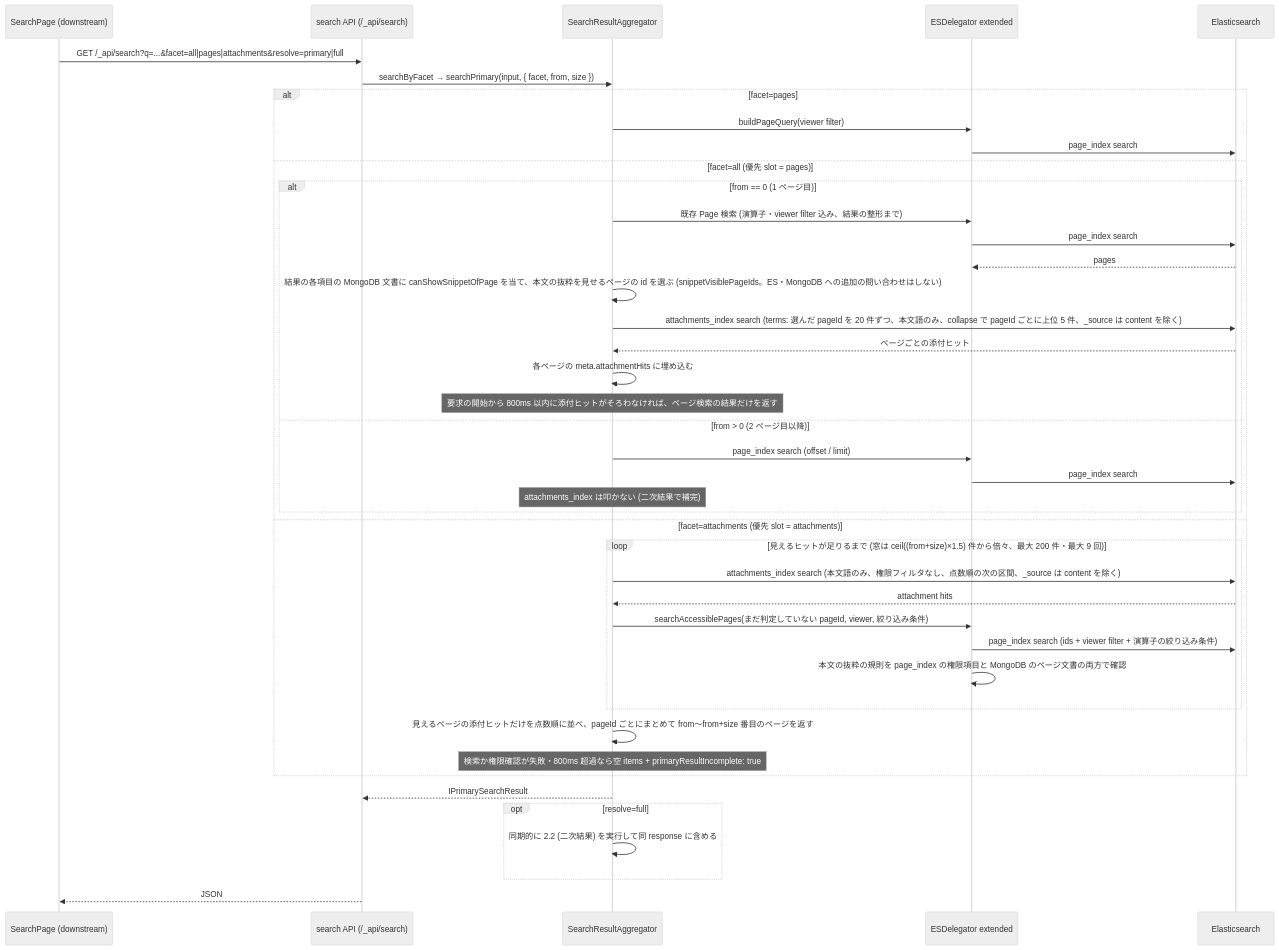
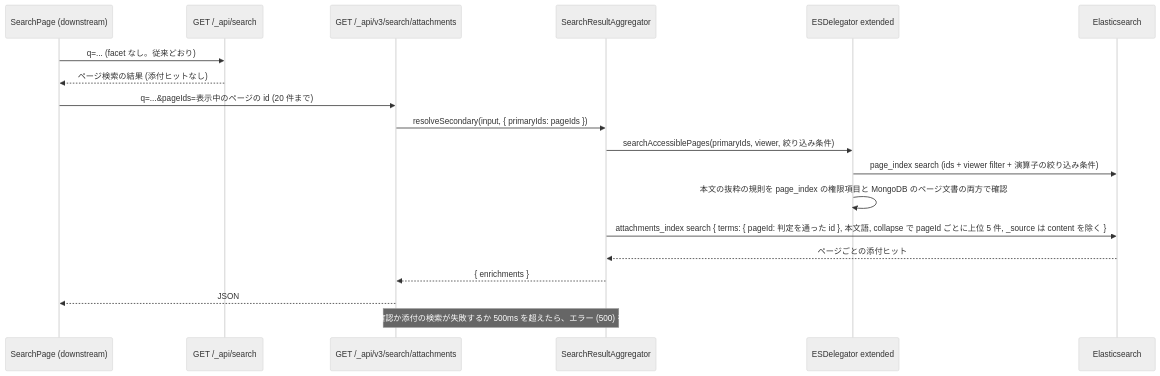
The third of 6 diagrams in .kiro/specs/attachment-search-indexing/design.md (growilabs/growi), drawn with Mermaid (neutral theme) before and after one commit. The commit also changed other lines of this file and 5 other files, not shown here.

First line of the commit message:
docs(attachment-search-indexing): drop facet=all and resolve; fetch attachment hits of page results in a separate request

````diff
--- a/.kiro/specs/attachment-search-indexing/design.md
+++ b/.kiro/specs/attachment-search-indexing/design.md
@@ -344,47 +341,22 @@
 ```mermaid
 sequenceDiagram
     participant UI as SearchPage (downstream)
-    participant Api as search API (/_api/search)
+    participant Search as GET /_api/search
+    participant Api as GET /_api/v3/search/attachments
     participant Svc as SearchResultAggregator
     participant Del as ESDelegator extended
     participant ES as Elasticsearch
 
-    UI->>Api: GET /_api/search?q=...&facet=all|pages|attachments&resolve=primary|full
-    Api->>Svc: searchByFacet → searchPrimary(input, { facet, from, size })
-
-    alt facet=pages
-        Svc->>Del: buildPageQuery(viewer filter)
-        Del->>ES: page_index search
-    else facet=all (優先 slot = pages)
-        alt from == 0 (1 ページ目)
-            Svc->>Del: 既存 Page 検索 (演算子・viewer filter 込み、結果の整形まで)
-            Del->>ES: page_index search
-            ES-->>Del: pages
-            Svc->>Svc: 結果の各項目の MongoDB 文書に canShowSnippetOfPage を当て、本文の抜粋を見せるページの id を選ぶ (snippetVisiblePageIds。ES・MongoDB への追加の問い合わせはしない)
-            Svc->>ES: attachments_index search (terms: 選んだ pageId を 20 件ずつ、本文語のみ、collapse で pageId ごとに上位 5 件、_source は content を除く)
-            ES-->>Svc: ページごとの添付ヒット
-            Svc->>Svc: 各ページの meta.attachmentHits に埋め込む
-            Note over Svc: 要求の開始から 800ms 以内に添付ヒットがそろわなければ、ページ検索の結果だけを返す
-        else from > 0 (2 ページ目以降)
-            Svc->>Del: page_index search (offset / limit)
-            Del->>ES: page_index search
-            Note over Svc: attachments_index は叩かない (二次結果で補完)
-        end
-    else facet=attachments (優先 slot = attachments)
-        loop 見えるヒットが足りるまで (窓は ceil((from+size)×1.5) 件から倍々、最大 200 件・最大 9 回)
-            Svc->>ES: attachments_index search (本文語のみ、権限フィルタなし、点数順の次の区間、_source は content を除く)
-            ES-->>Svc: attachment hits
-            Svc->>Del: searchAccessiblePages(まだ判定していない pageId, viewer, 絞り込み条件)
-            Del->>ES: page_index search (ids + viewer filter + 演算子の絞り込み条件)
-            Del->>Del: 本文の抜粋の規則を page_index の権限項目と MongoDB のページ文書の両方で確認
-        end
-        Svc->>Svc: 見えるページの添付ヒットだけを点数順に並べ、pageId ごとにまとめて from〜from+size 番目のページを返す
-        Note over Svc: 検索か権限確認が失敗・800ms 超過なら空 items + primaryResultIncomplete: true
-    end
-
-    Svc-->>Api: IPrimarySearchResult
-    opt resolve=full
-        Svc->>Svc: 同期的に 2.2 (二次結果) を実行して同 response に含める
-    end
+    UI->>Search: q=... (facet なし。従来どおり)
+    Search-->>UI: ページ検索の結果 (添付ヒットなし)
+    UI->>Api: q=...&pageIds=表示中のページの id (20 件まで)
+    Api->>Svc: resolveSecondary(input, { primaryIds: pageIds })
+    Svc->>Del: searchAccessiblePages(primaryIds, viewer, 絞り込み条件)
+    Del->>ES: page_index search (ids + viewer filter + 演算子の絞り込み条件)
+    Del->>Del: 本文の抜粋の規則を page_index の権限項目と MongoDB のページ文書の両方で確認
+    Svc->>ES: attachments_index search { terms: { pageId: 判定を通った id }, 本文語, collapse で pageId ごとに上位 5 件, _source は content を除く }
+    ES-->>Svc: ページごとの添付ヒット
+    Svc-->>Api: { enrichments }
     Api-->>UI: JSON
+    Note over Svc,Api: 権限確認か添付の検索が失敗するか 500ms を超えたら、エラー (500) を返す
 ```
````
